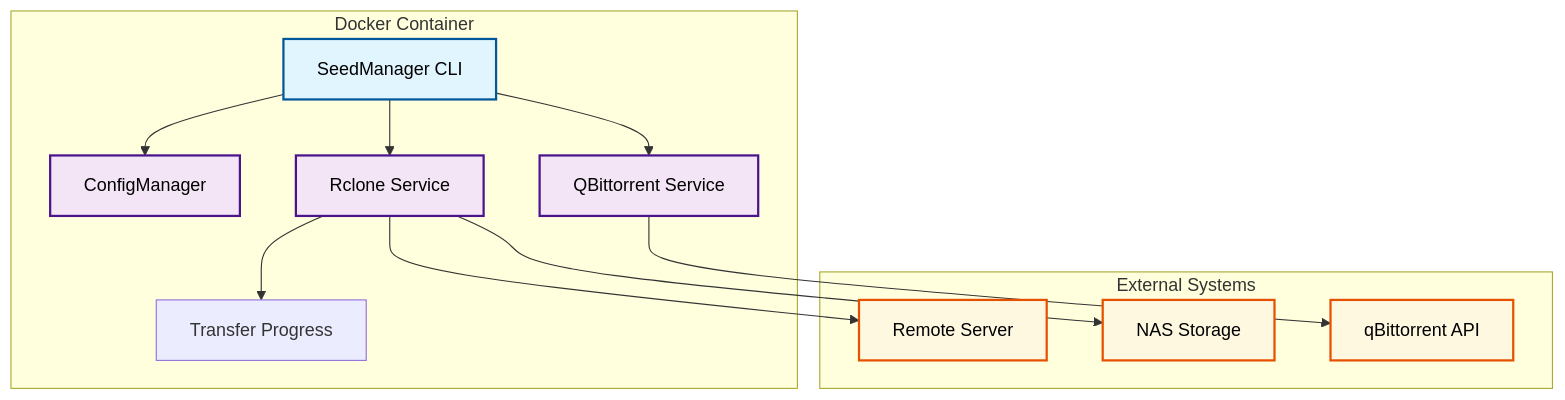
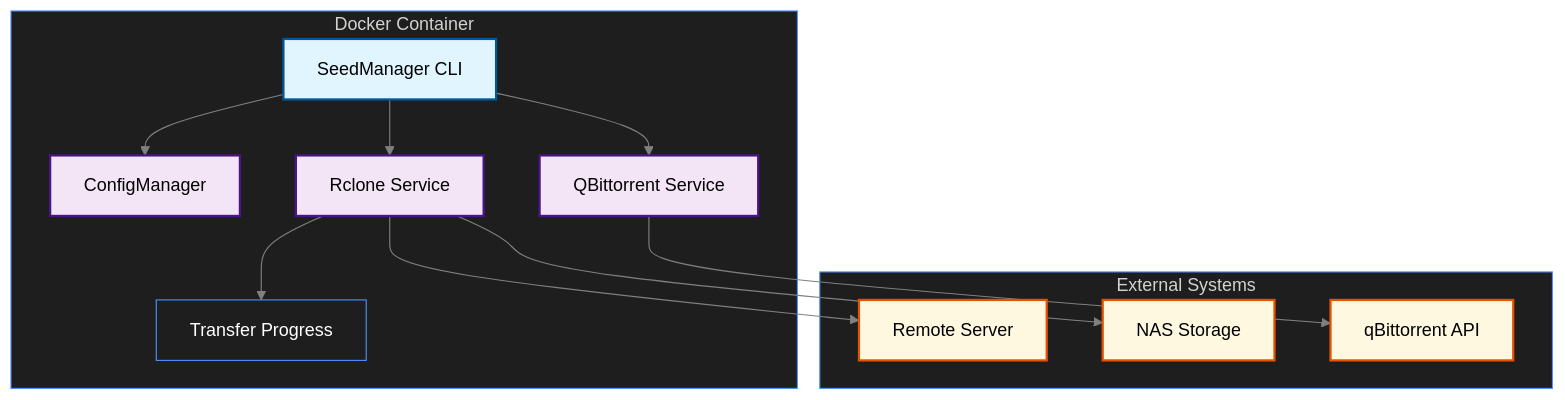
The first of 2 diagrams in projects/media-automation.md (victorvos/cv-portfolio), drawn with Mermaid before and after one commit. The commit also changed other lines of this file and 8 other files, not shown here.

````diff
--- a/projects/media-automation.md
+++ b/projects/media-automation.md
@@ -37,27 +37,28 @@
 ```mermaid
+%%{init: {'theme': 'base', 'themeVariables': {'darkMode': true, 'background': '#121212', 'primaryColor': '#1e1e1e', 'primaryTextColor': '#ffffff', 'primaryBorderColor': '#4d90fe', 'secondaryColor': '#252526', 'tertiaryColor': '#2d2d30', 'lineColor': '#808080', 'textColor': '#ffffff', 'clusterBkg': '#1e1e1e', 'clusterBorder': '#4d90fe', 'nodeTextColor': '#ffffff'}}}%%
 graph TB
     subgraph "Docker Container"
         A[SeedManager CLI] --> B[ConfigManager]
         A --> C[QBittorrent Service]
         A --> D[Rclone Service]
         D --> E[Transfer Progress]
     end
     
     subgraph "External Systems"
         F[Remote Server]
         G[NAS Storage]
         H[qBittorrent API]
     end
     
     C --> H
     D --> F
     D --> G
     
     style A fill:#e1f5fe,stroke:#01579b,stroke-width:2px,color:#000000
     style B fill:#f3e5f5,stroke:#4a148c,stroke-width:2px,color:#000000
     style C fill:#f3e5f5,stroke:#4a148c,stroke-width:2px,color:#000000
     style D fill:#f3e5f5,stroke:#4a148c,stroke-width:2px,color:#000000
     style F fill:#fff8e1,stroke:#e65100,stroke-width:2px,color:#000000
     style G fill:#fff8e1,stroke:#e65100,stroke-width:2px,color:#000000
     style H fill:#fff8e1,stroke:#e65100,stroke-width:2px,color:#000000
 ```
````
